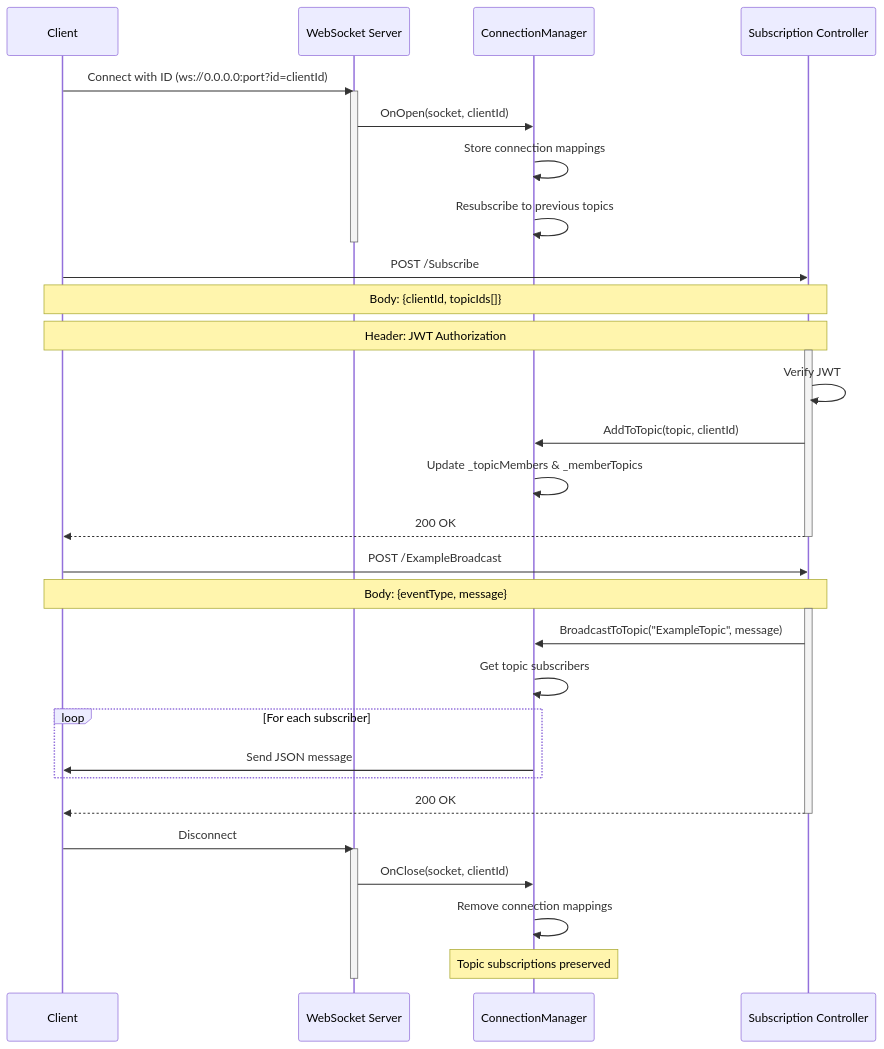
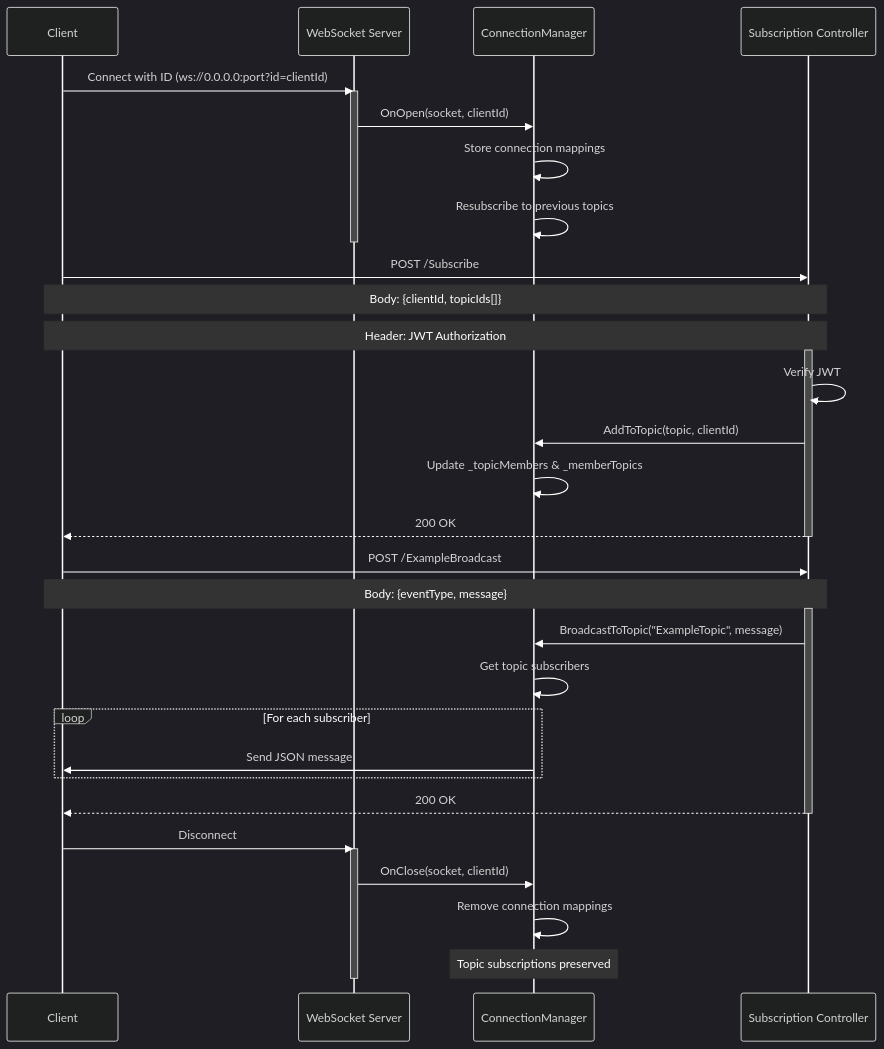
Before and after one commit to uldahlalex/fs25_14_2: the diagram in assets/diagrams/connect-subscribe-broadcast.mmd, drawn with Mermaid. The commit also changed 3 other files, not shown here.

Commit message:
tests mermaid

```diff
--- a/assets/diagrams/connect-subscribe-broadcast.mmd
+++ b/assets/diagrams/connect-subscribe-broadcast.mmd
@@ -1,36 +1,37 @@
+%%{init: {'theme': 'dark', 'themeVariables': { 'background': '#000000', 'primaryTextColor': '#ffffff', 'primaryColor': '#ffffff', 'noteTextColor': '#ffffff', 'noteBkgColor': '#333333', 'sequenceNumberColor': '#ffffff', 'actorLineColor': '#ffffff', 'actorBorder': '#ffffff', 'signalColor': '#ffffff', 'textColor': '#ffffff', 'loopTextColor': '#ffffff', 'activationBorderColor': '#ffffff' }}}%%
 sequenceDiagram
     participant C as Client
     participant WS as WebSocket Server
     participant CM as ConnectionManager
     participant SC as Subscription Controller
     C ->> WS: Connect with ID (ws://0.0.0.0:port?id=clientId)
     activate WS
     WS ->> CM: OnOpen(socket, clientId)
     CM ->> CM: Store connection mappings
     CM ->> CM: Resubscribe to previous topics
     deactivate WS
     C ->> SC: POST /Subscribe
     Note over C, SC: Body: {clientId, topicIds[]}
     Note over C, SC: Header: JWT Authorization
     activate SC
     SC ->> SC: Verify JWT
     SC ->> CM: AddToTopic(topic, clientId)
     CM ->> CM: Update _topicMembers & _memberTopics
     SC -->> C: 200 OK
     deactivate SC
     C ->> SC: POST /ExampleBroadcast
     Note over C, SC: Body: {eventType, message}
     activate SC
     SC ->> CM: BroadcastToTopic("ExampleTopic", message)
     CM ->> CM: Get topic subscribers
     loop For each subscriber
         CM ->> C: Send JSON message
     end
     SC -->> C: 200 OK
     deactivate SC
     C ->> WS: Disconnect
     activate WS
     WS ->> CM: OnClose(socket, clientId)
     CM ->> CM: Remove connection mappings
     Note over CM: Topic subscriptions preserved
     deactivate WS
```
